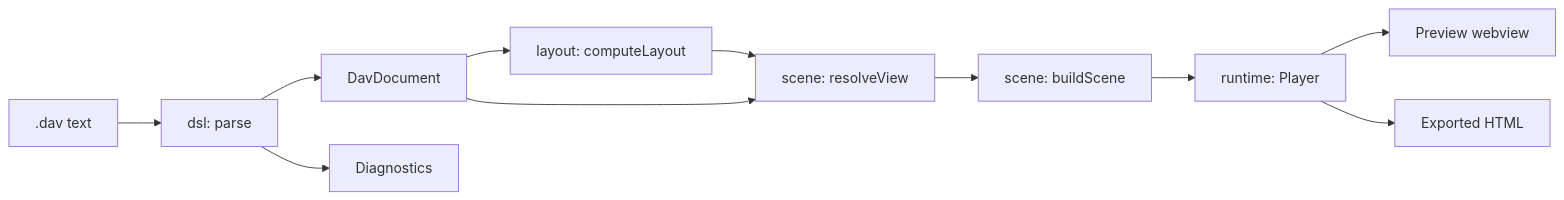
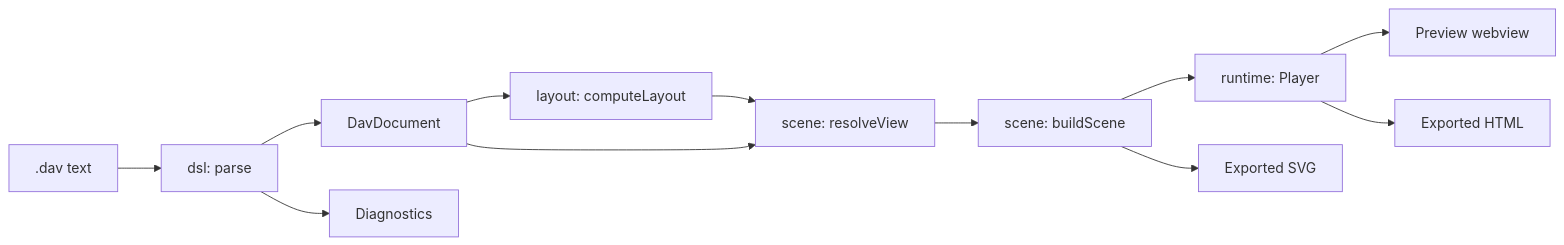
One commit to Osg-Junue/DynamicArchitectViewer changed the diagram in docs/architecture.md. Above: the diagram before and after it, drawn with Mermaid. The commit also changed other lines of this file and 19 other files, not shown here.

````diff
--- a/docs/architecture.md
+++ b/docs/architecture.md
@@ -16,13 +16,14 @@
 ```mermaid
 flowchart LR
   Text[".dav text"] --> Parse["dsl: parse"]
   Parse --> Doc["DavDocument"]
   Parse --> Diag["Diagnostics"]
   Doc --> Layout["layout: computeLayout"]
   Layout --> Resolve["scene: resolveView"]
   Doc --> Resolve
   Resolve --> Build["scene: buildScene"]
   Build --> Player["runtime: Player"]
   Player --> Preview["Preview webview"]
   Player --> Html["Exported HTML"]
+  Build --> Svg["Exported SVG"]
 ```
````
